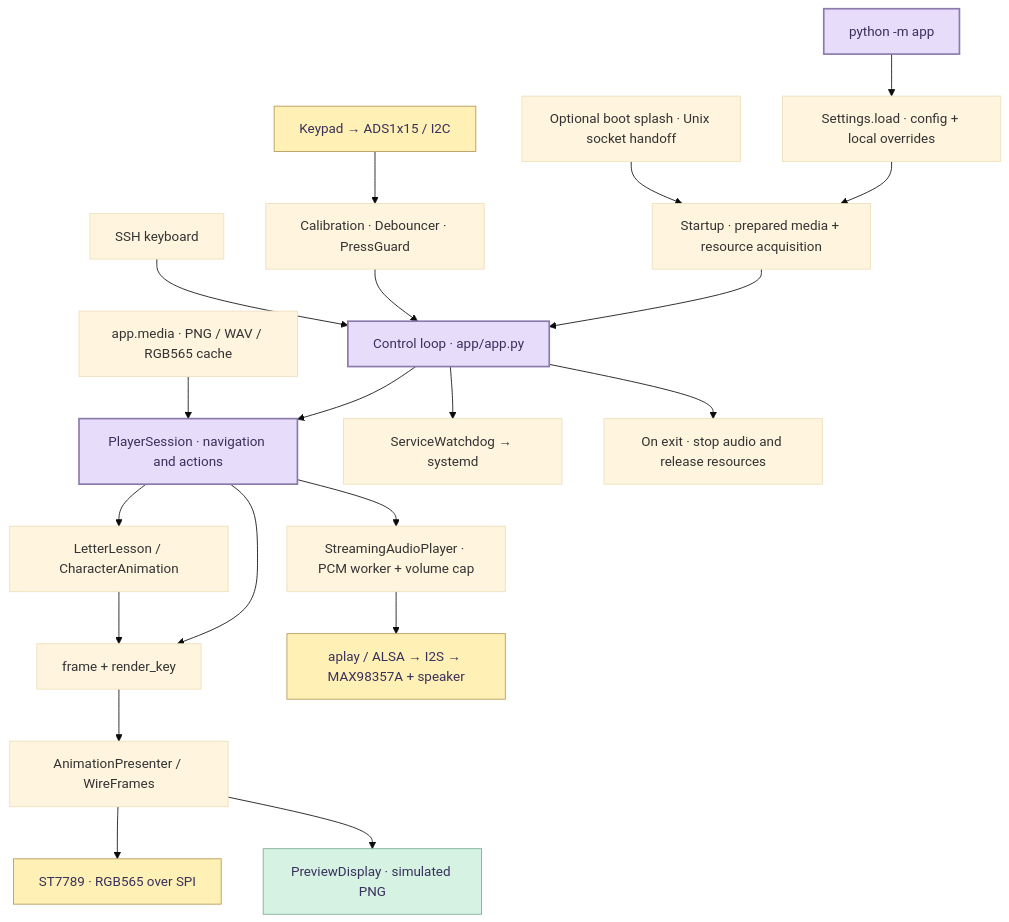
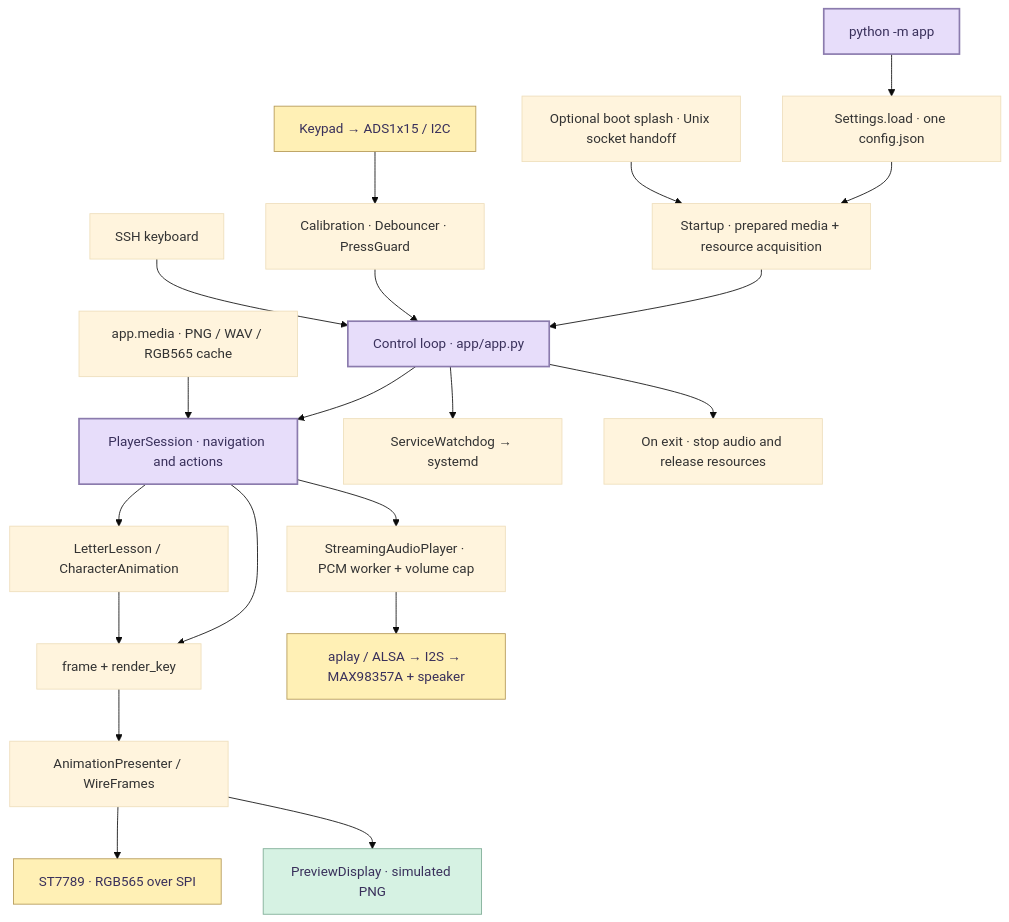
One commit to hvitis/Alfa changed the diagram in web/content/architecture.mmd. Above: the diagram before and after it, drawn with Mermaid (base theme). The commit also changed 204 other files, not shown here.

```diff
--- a/web/content/architecture.mmd
+++ b/web/content/architecture.mmd
@@ -1,26 +1,26 @@
 flowchart TB
-  CLI["python -m app"] --> Config["Settings.load · config + local overrides"]
+  CLI["python -m app"] --> Config["Settings.load · one config.json"]
   Config --> Startup["Startup · prepared media + resource acquisition"]
   Splash["Optional boot splash · Unix socket handoff"] --> Startup
   Startup --> Loop["Control loop · app/app.py"]
   ADC["Keypad → ADS1x15 / I2C"] --> Guard["Calibration · Debouncer · PressGuard"]
   Guard --> Loop
   Keyboard["SSH keyboard"] --> Loop
   Loop --> Player["PlayerSession · navigation and actions"]
   Cache["app.media · PNG / WAV / RGB565 cache"] --> Player
   Player --> Lessons["LetterLesson / CharacterAnimation"]
   Player --> Frame["frame + render_key"]
   Lessons --> Frame
   Frame --> Presenter["AnimationPresenter / WireFrames"]
   Presenter --> Display["ST7789 · RGB565 over SPI"]
   Presenter --> Preview["PreviewDisplay · simulated PNG"]
   Player --> Audio["StreamingAudioPlayer · PCM worker + volume cap"]
   Audio --> ALSA["aplay / ALSA → I2S → MAX98357A + speaker"]
   Loop --> Watchdog["ServiceWatchdog → systemd"]
   Loop --> Cleanup["On exit · stop audio and release resources"]
   classDef entry fill:#e7ddfa,color:#39305b,stroke:#8b7bad,stroke-width:2px
   classDef physical fill:#fff0b5,color:#39305b,stroke:#b39754
   classDef simulation fill:#d6f2e3,color:#39305b,stroke:#7caa94
   class CLI,Loop,Player entry
   class ADC,Display,ALSA physical
   class Preview simulation
```
